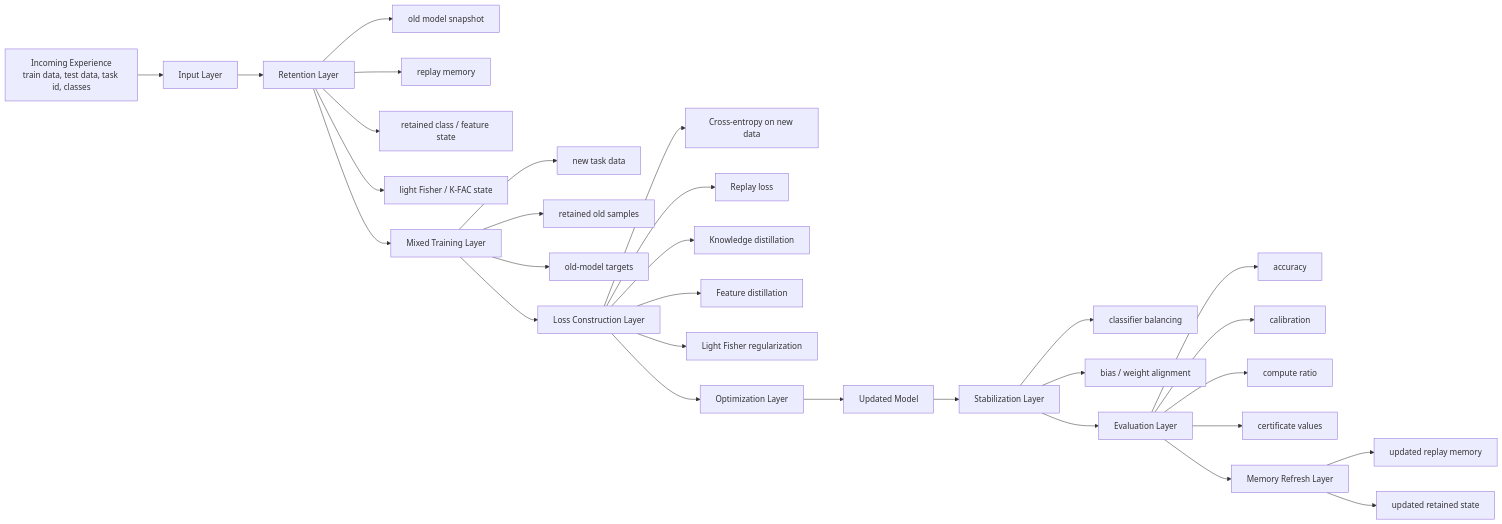
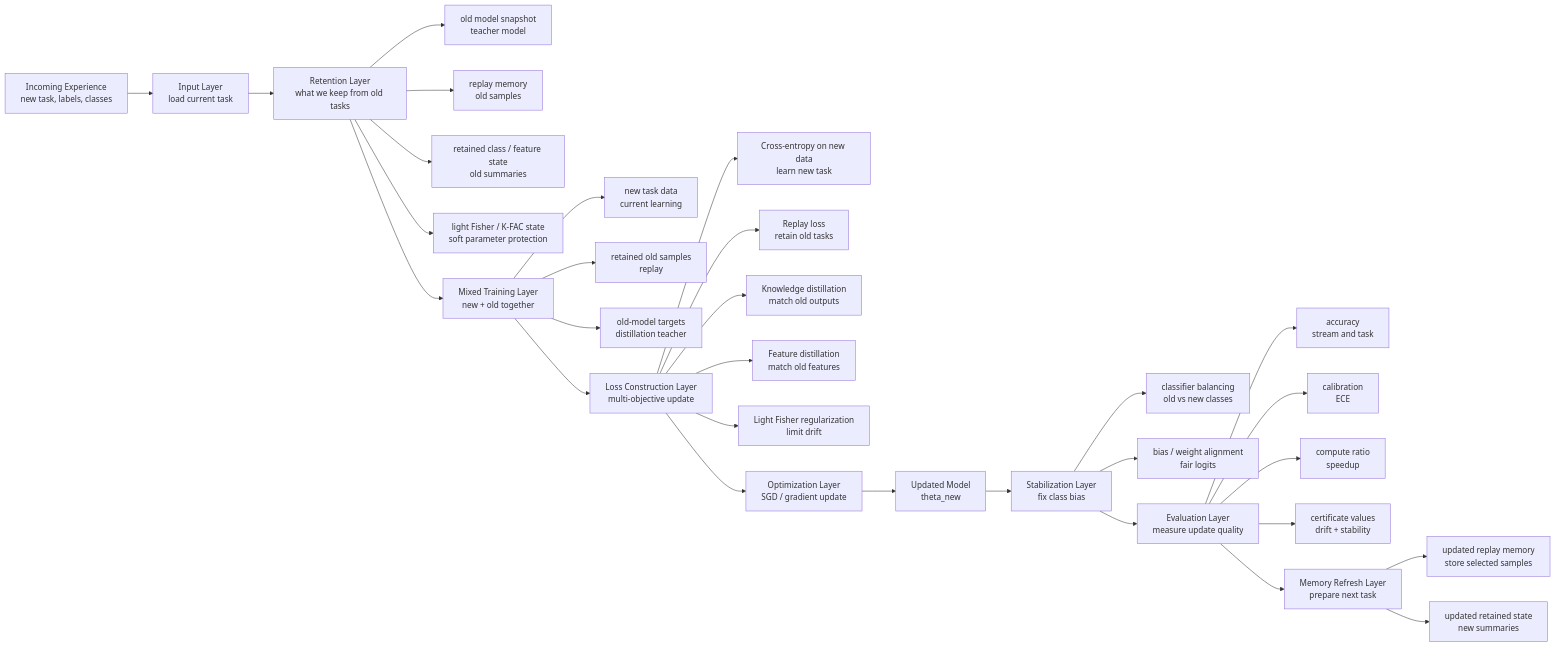
One commit to anikeaty08/MELD changed the second of 2 diagrams in docs/FULL_ARCHITECTURE.md. Above: the diagram before and after it, drawn with Mermaid. The commit also changed other lines of this file and 1 other file, not shown here.

````diff
--- a/docs/FULL_ARCHITECTURE.md
+++ b/docs/FULL_ARCHITECTURE.md
@@ -303,38 +303,38 @@
 ```mermaid
 flowchart LR
-    A["Incoming Experience<br/>train data, test data, task id, classes"] --> B["Input Layer"]
-    B --> C["Retention Layer"]
-    C --> C1["old model snapshot"]
-    C --> C2["replay memory"]
-    C --> C3["retained class / feature state"]
-    C --> C4["light Fisher / K-FAC state"]
+    A["Incoming Experience<br/>new task, labels, classes"] --> B["Input Layer<br/>load current task"]
+    B --> C["Retention Layer<br/>what we keep from old tasks"]
+    C --> C1["old model snapshot<br/>teacher model"]
+    C --> C2["replay memory<br/>old samples"]
+    C --> C3["retained class / feature state<br/>old summaries"]
+    C --> C4["light Fisher / K-FAC state<br/>soft parameter protection"]
 
-    C --> D["Mixed Training Layer"]
-    D --> D1["new task data"]
-    D --> D2["retained old samples"]
-    D --> D3["old-model targets"]
+    C --> D["Mixed Training Layer<br/>new + old together"]
+    D --> D1["new task data<br/>current learning"]
+    D --> D2["retained old samples<br/>replay"]
+    D --> D3["old-model targets<br/>distillation teacher"]
 
-    D --> E["Loss Construction Layer"]
-    E --> E1["Cross-entropy on new data"]
-    E --> E2["Replay loss"]
-    E --> E3["Knowledge distillation"]
-    E --> E4["Feature distillation"]
-    E --> E5["Light Fisher regularization"]
+    D --> E["Loss Construction Layer<br/>multi-objective update"]
+    E --> E1["Cross-entropy on new data<br/>learn new task"]
+    E --> E2["Replay loss<br/>retain old tasks"]
+    E --> E3["Knowledge distillation<br/>match old outputs"]
+    E --> E4["Feature distillation<br/>match old features"]
+    E --> E5["Light Fisher regularization<br/>limit drift"]
 
-    E --> F["Optimization Layer"]
-    F --> G["Updated Model"]
+    E --> F["Optimization Layer<br/>SGD / gradient update"]
+    F --> G["Updated Model<br/>theta_new"]
 
-    G --> H["Stabilization Layer"]
-    H --> H1["classifier balancing"]
-    H --> H2["bias / weight alignment"]
+    G --> H["Stabilization Layer<br/>fix class bias"]
+    H --> H1["classifier balancing<br/>old vs new classes"]
+    H --> H2["bias / weight alignment<br/>fair logits"]
 
-    H --> I["Evaluation Layer"]
-    I --> I1["accuracy"]
-    I --> I2["calibration"]
-    I --> I3["compute ratio"]
-    I --> I4["certificate values"]
+    H --> I["Evaluation Layer<br/>measure update quality"]
+    I --> I1["accuracy<br/>stream and task"]
+    I --> I2["calibration<br/>ECE"]
+    I --> I3["compute ratio<br/>speedup"]
+    I --> I4["certificate values<br/>drift + stability"]
 
-    I --> J["Memory Refresh Layer"]
-    J --> J1["updated replay memory"]
-    J --> J2["updated retained state"]
+    I --> J["Memory Refresh Layer<br/>prepare next task"]
+    J --> J1["updated replay memory<br/>store selected samples"]
+    J --> J2["updated retained state<br/>new summaries"]
 ```
````
